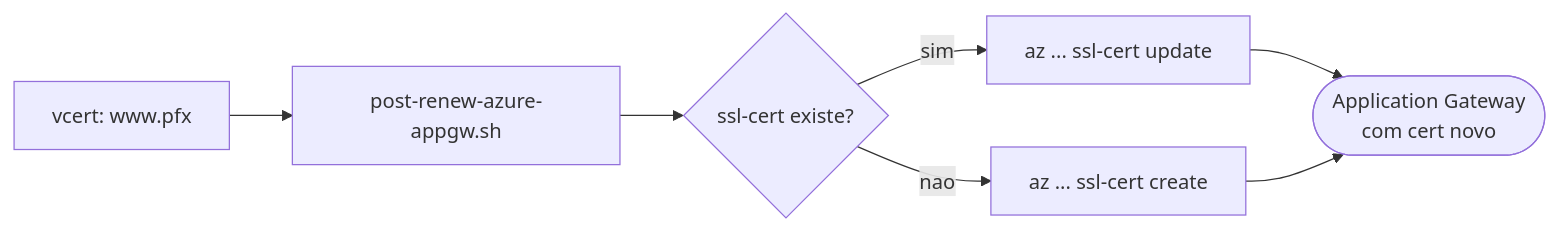
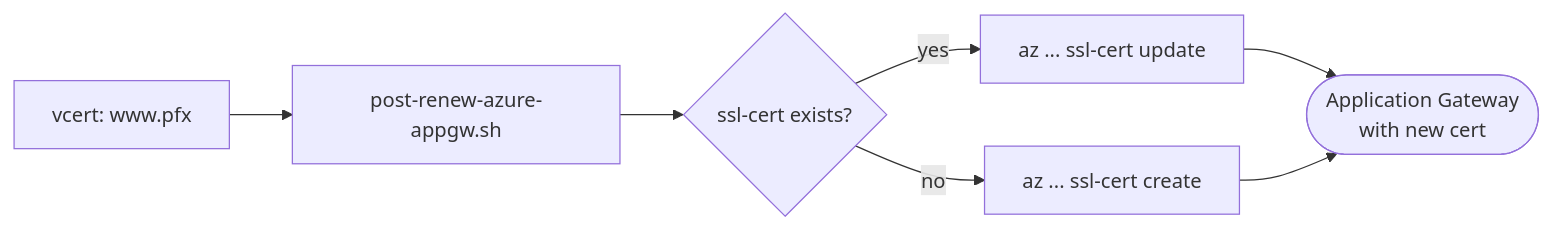
The eighth of 10 diagrams in docs/architecture.md (aslancarlos/vcert-examples), drawn with Mermaid before and after one commit. The commit also changed other lines of this file and 35 other files, not shown here.

````diff
--- a/docs/architecture.md
+++ b/docs/architecture.md
@@ -104,9 +104,9 @@
 ```mermaid
 flowchart LR
     V[vcert: www.pfx] --> S[post-renew-azure-appgw.sh]
-    S --> Q{ssl-cert existe?}
-    Q -- sim --> U[az ... ssl-cert update]
-    Q -- nao --> C[az ... ssl-cert create]
-    U --> GW([Application Gateway<br/>com cert novo])
+    S --> Q{ssl-cert exists?}
+    Q -- yes --> U[az ... ssl-cert update]
+    Q -- no --> C[az ... ssl-cert create]
+    U --> GW([Application Gateway<br/>with new cert])
     C --> GW
 ```
````
